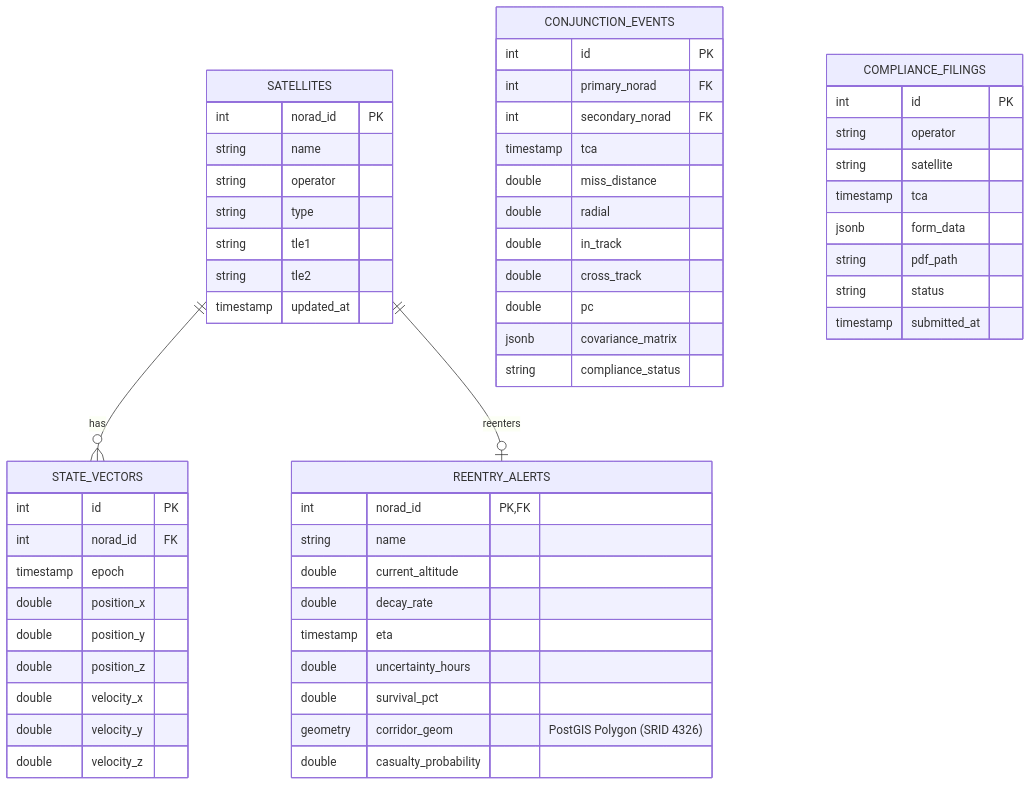
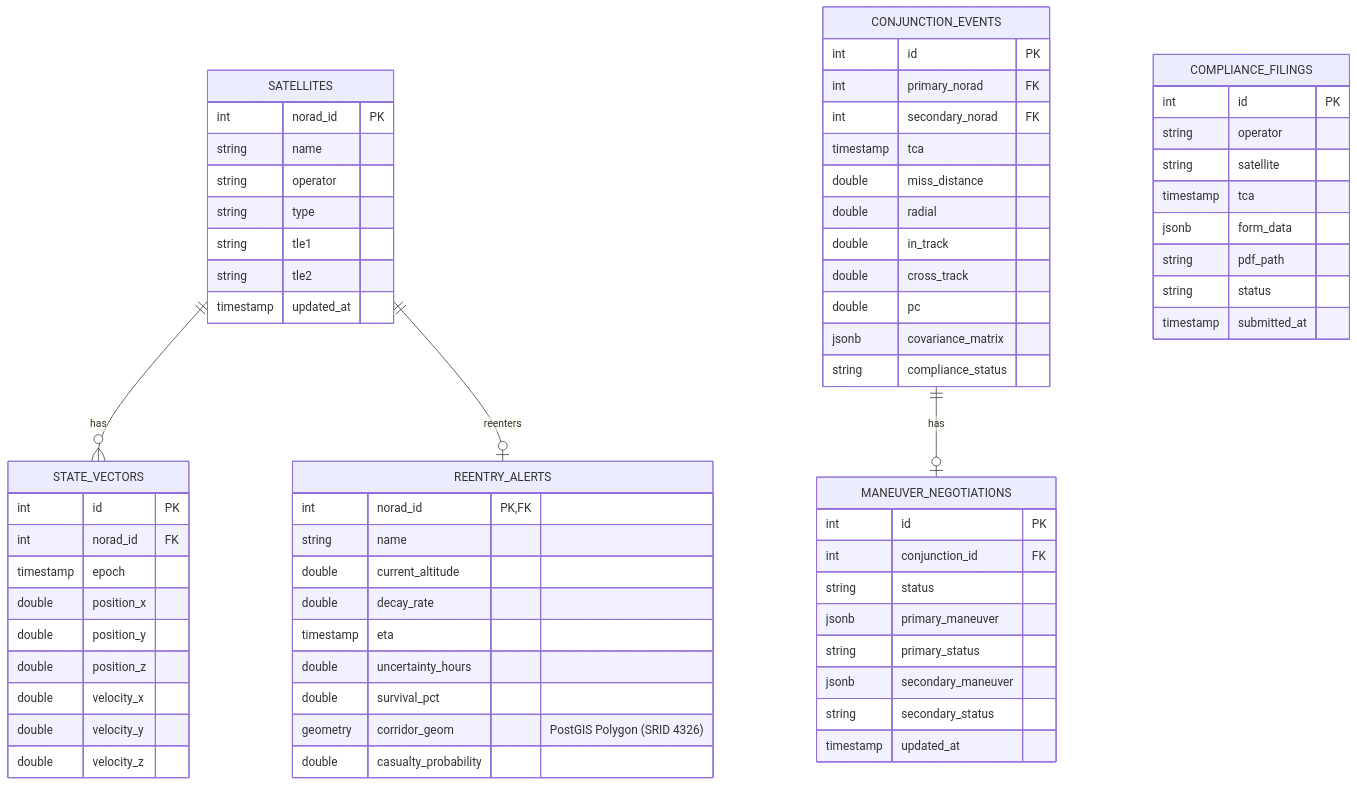
Before and after one commit to JA7M1N/ORBITGUARD: the diagram in README.md, drawn with Mermaid. The commit also changed other lines of this file and 68 other files, not shown here.

````diff
--- a/README.md
+++ b/README.md
@@ -52,59 +107,70 @@
 ```mermaid
 erDiagram
     SATELLITES ||--o{ STATE_VECTORS : "has"
     SATELLITES ||--o| REENTRY_ALERTS : "reenters"
+    CONJUNCTION_EVENTS ||--o| MANEUVER_NEGOTIATIONS : "has"
     SATELLITES {
         int norad_id PK
         string name
         string operator
         string type
         string tle1
         string tle2
         timestamp updated_at
     }
     STATE_VECTORS {
         int id PK
         int norad_id FK
         timestamp epoch
         double position_x
         double position_y
         double position_z
         double velocity_x
         double velocity_y
         double velocity_z
     }
     CONJUNCTION_EVENTS {
         int id PK
         int primary_norad FK
         int secondary_norad FK
         timestamp tca
         double miss_distance
         double radial
         double in_track
         double cross_track
         double pc
         jsonb covariance_matrix
         string compliance_status
     }
+    MANEUVER_NEGOTIATIONS {
+        int id PK
+        int conjunction_id FK
+        string status
+        jsonb primary_maneuver
+        string primary_status
+        jsonb secondary_maneuver
+        string secondary_status
+        timestamp updated_at
+    }
     REENTRY_ALERTS {
         int norad_id PK, FK
         string name
         double current_altitude
         double decay_rate
         timestamp eta
         double uncertainty_hours
         double survival_pct
         geometry corridor_geom "PostGIS Polygon (SRID 4326)"
         double casualty_probability
     }
     COMPLIANCE_FILINGS {
         int id PK
         string operator
         string satellite
         timestamp tca
         jsonb form_data
         string pdf_path
         string status
         timestamp submitted_at
     }
 ```
````
